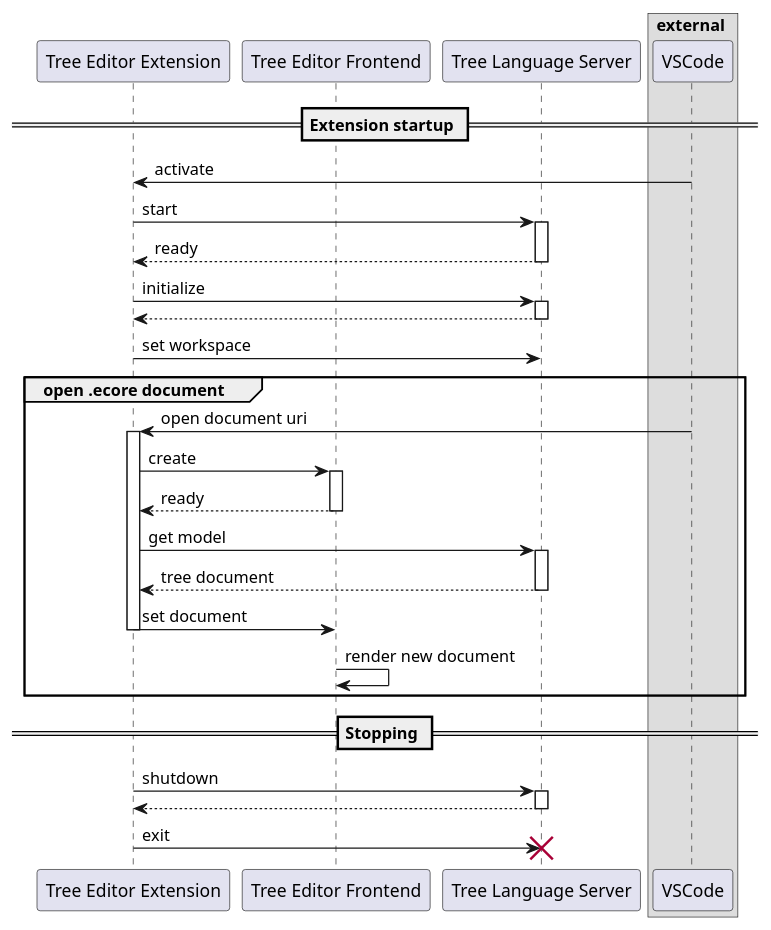
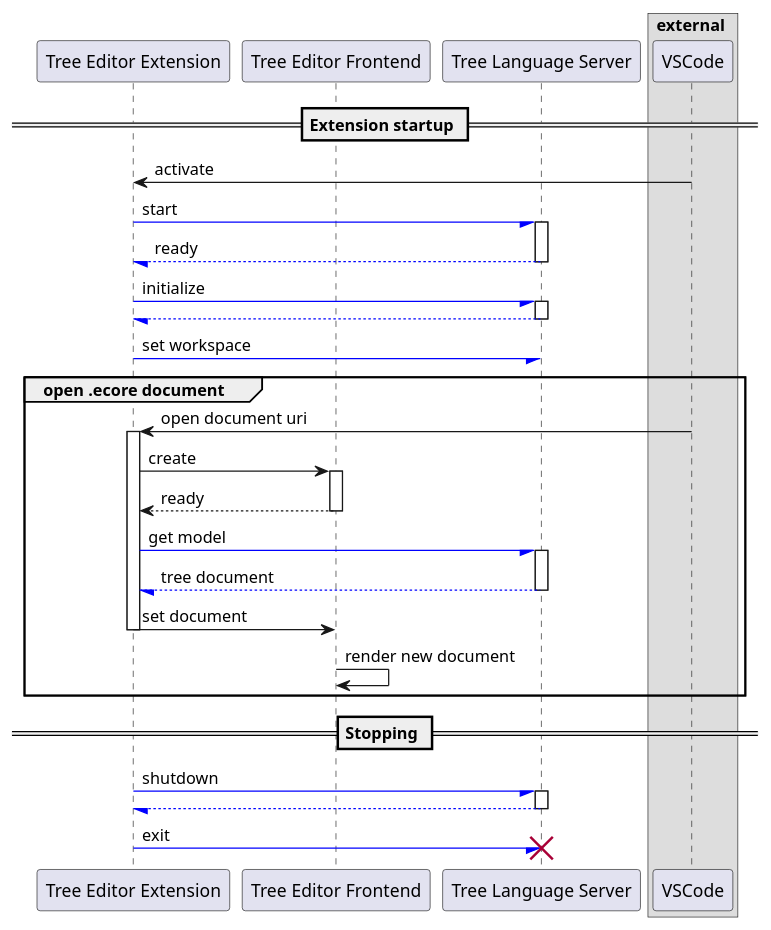
Before and after one commit to krissrex/tdt4900-master-thesis-cloud-modeling-latex: the first of 4 diagrams in figures/protocol.sequence.puml, drawn with PlantUML. The commit also changed other lines of this file and 9 other files, not shown here.

Commit message:
Improve diagrams

```diff
--- a/figures/protocol.sequence.puml
+++ b/figures/protocol.sequence.puml
@@ -1,41 +1,41 @@
 @startuml Protocol_startstop_sequence
 
 participant "Tree Editor Extension" as ext
 participant "Tree Editor Frontend" as frontend
 participant "Tree Language Server" as server
 box external #DDDDDD
   participant VSCode as vscode
 end box
 
 == Extension startup ==
 
 ext <- vscode : activate
-ext -> server ++ : start
+ext -[#blue]/ server ++ : start
 return ready
 
-ext -> server ++ : initialize
+ext -[#blue]/ server ++ : initialize
 return
-ext -> server : set workspace
+ext -[#blue]/ server : set workspace
 
 group open .ecore document
   ext <- vscode ++ : open document uri
   
   ext -> frontend ++ : create
   return ready
   
-  ext -> server ++ : get model
+  ext -[#blue]/ server ++ : get model
   return tree document
 
   ext -> frontend: set document
   deactivate
   
   frontend -> frontend : render new document
 end
 
 == Stopping ==
-ext -> server ++ : shutdown
+ext -[#blue]/ server ++ : shutdown
 return
-ext -> server : exit
+ext -[#blue]/ server : exit
 destroy server
 
 @enduml
```
